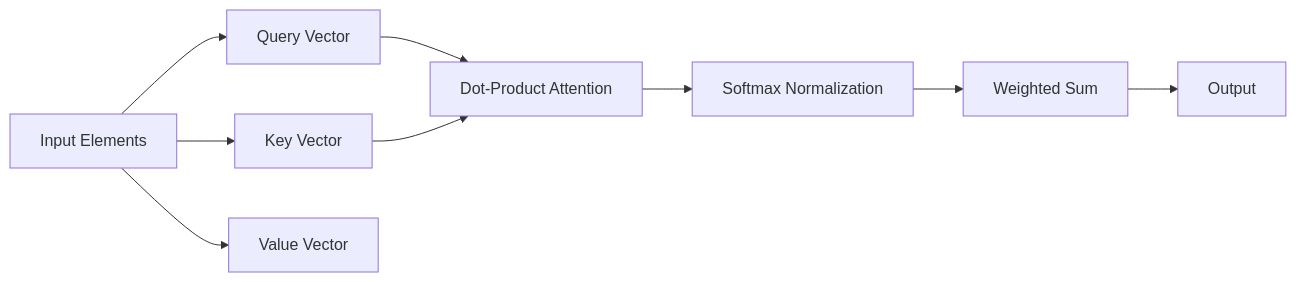
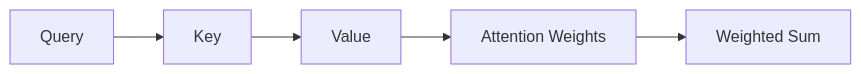
One commit to blebleblee/synapse changed the second of 2 diagrams in topics/computing/ai/deep_learning/04_transformer_attention_mechanisms/lesson_04_applications_and_variants.md. Above: the diagram before and after it, drawn with Mermaid. The commit also changed other lines of this file and 4 other files, not shown here.

````diff
--- a/topics/computing/ai/deep_learning/04_transformer_attention_mechanisms/lesson_04_applications_and_variants.md
+++ b/topics/computing/ai/deep_learning/04_transformer_attention_mechanisms/lesson_04_applications_and_variants.md
@@ -26,11 +30,7 @@
 ```mermaid
 graph LR
-    A[Input Elements] --> B[Query Vector]
-    A --> C[Key Vector]
-    A --> D[Value Vector]
-    B --> E[Dot-Product Attention]
-    C --> E
-    E --> F[Softmax Normalization]
-    F --> G[Weighted Sum]
-    G --> H[Output]
+    A[Query] --> B[Key]
+    B --> C[Value]
+    C --> D[Attention Weights]
+    D --> E[Weighted Sum]
 ```
````
